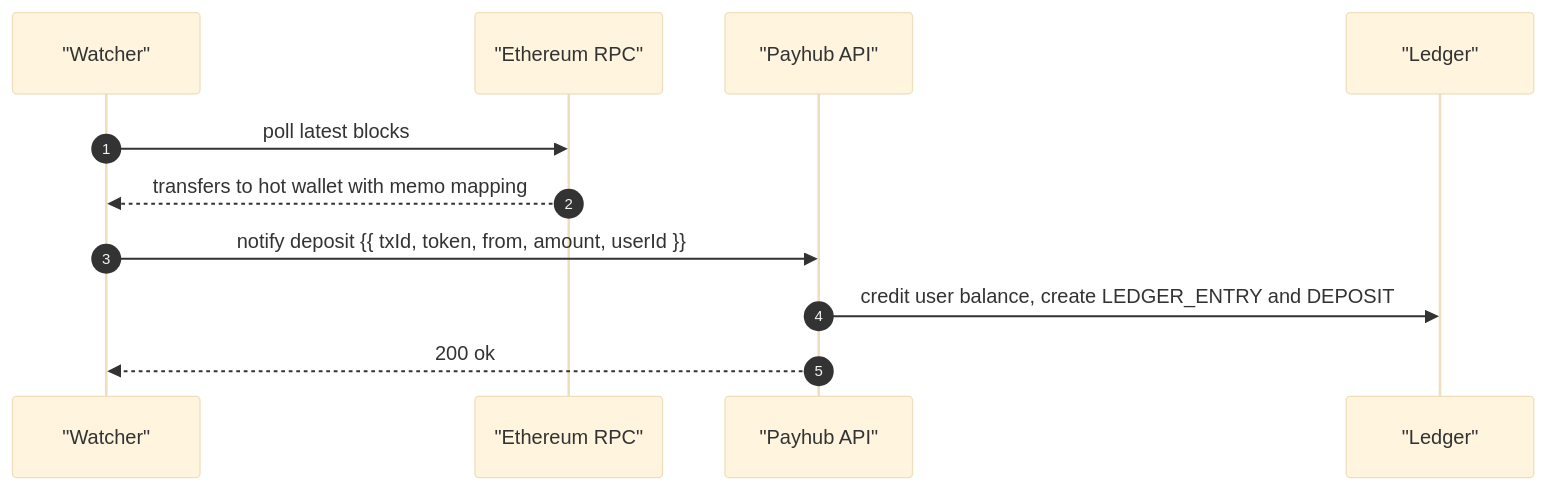
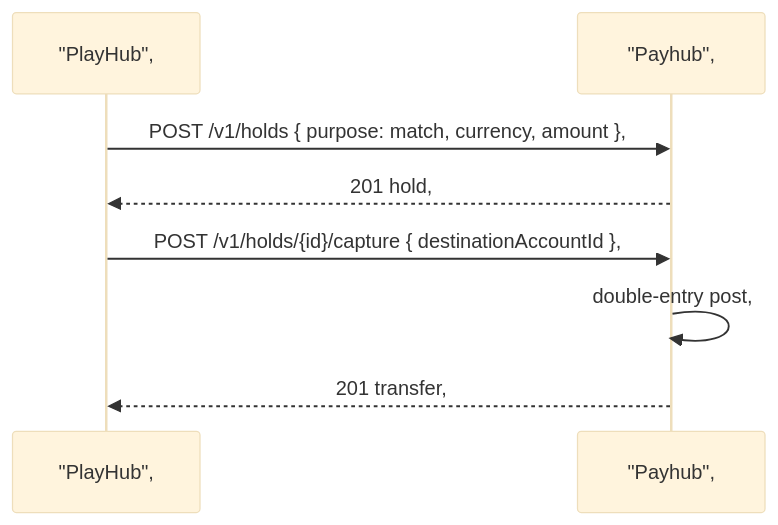
One commit to bkkac/tg-miniapp-payhub-service changed the fifth of 7 diagrams in SystemDesign.md. Above: the diagram before and after it, drawn with Mermaid (base theme). The commit also changed other lines of this file, not shown here.

````diff
--- a/SystemDesign.md
+++ b/SystemDesign.md
@@ -537,13 +775,10 @@
 ```mermaid
 sequenceDiagram
-  autonumber
-  participant WR as "Watcher"
-  participant CH as "Ethereum RPC"
-  participant PH as "Payhub API"
-  participant L as "Ledger"
-  WR->>CH: poll latest blocks
-  CH-->>WR: transfers to hot wallet with memo mapping
-  WR->>PH: notify deposit {{ txId, token, from, amount, userId }}
-  PH->>L: credit user balance, create LEDGER_ENTRY and DEPOSIT
-  PH-->>WR: 200 ok
+  participant PL as "PlayHub",
+  participant PH as "Payhub",
+  PL->>PH: POST /v1/holds { purpose: match, currency, amount },
+  PH-->>PL: 201 hold,
+  PL->>PH: POST /v1/holds/{id}/capture { destinationAccountId },
+  PH->>PH: double-entry post,
+  PH-->>PL: 201 transfer,
 ```
````
